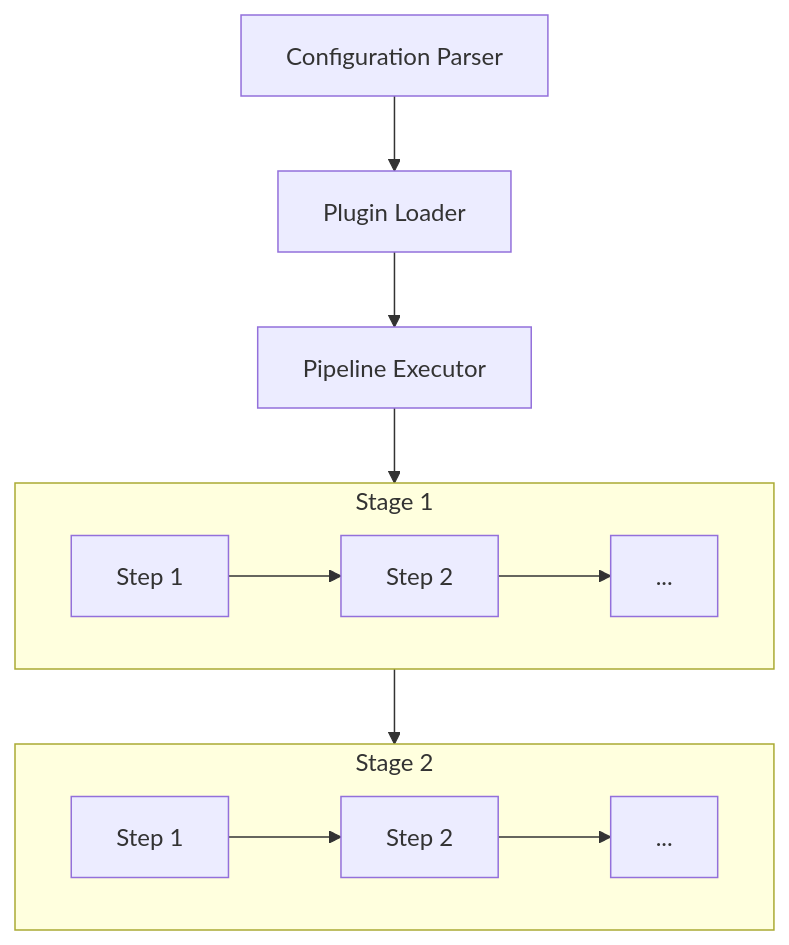
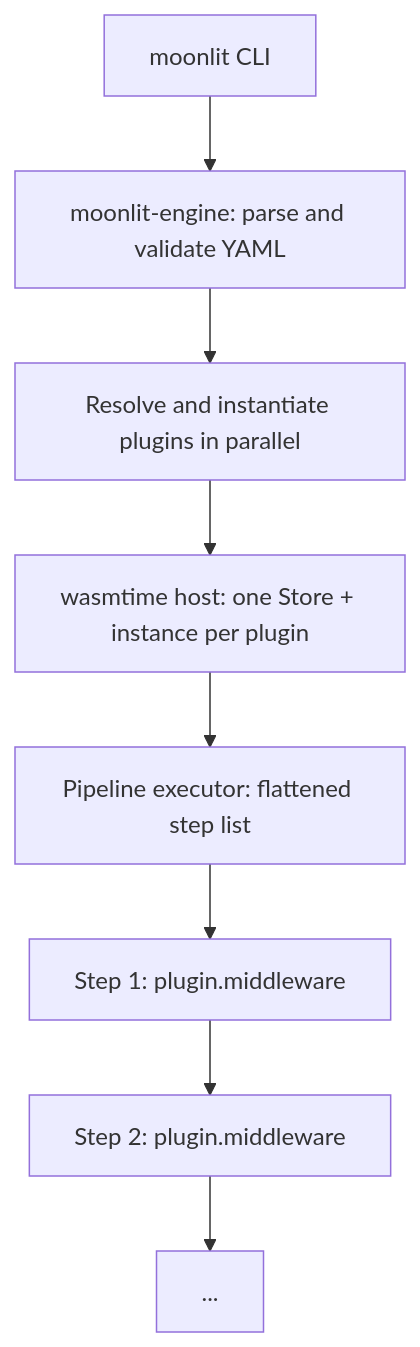
Before and after one commit to wolfware-labs/moonlit-docs: the diagram in guide/concepts/how-it-works.md, drawn with Mermaid. The commit also changed other lines of this file and 3 other files, not shown here.

````diff
--- a/guide/concepts/how-it-works.md
+++ b/guide/concepts/how-it-works.md
@@ -14,15 +12,10 @@
 ```mermaid
 flowchart TD
-    A[Configuration Parser] --> B[Plugin Loader]
-    B --> C[Pipeline Executor]
-    C --> D[Stage 1]
-    D --> E[Stage 2]
-
-    subgraph D[Stage 1]
-        D1[Step 1] --> D2[Step 2] --> D3[...]
-    end
-
-    subgraph E[Stage 2]
-        E1[Step 1] --> E2[Step 2] --> E3[...]
-    end
+    A[moonlit CLI] --> B[moonlit-engine: parse and validate YAML]
+    B --> C[Resolve and instantiate plugins in parallel]
+    C --> D[wasmtime host: one Store + instance per plugin]
+    D --> E[Pipeline executor: flattened step list]
+    E --> F[Step 1: plugin.middleware]
+    F --> G[Step 2: plugin.middleware]
+    G --> H[...]
 ```
````
